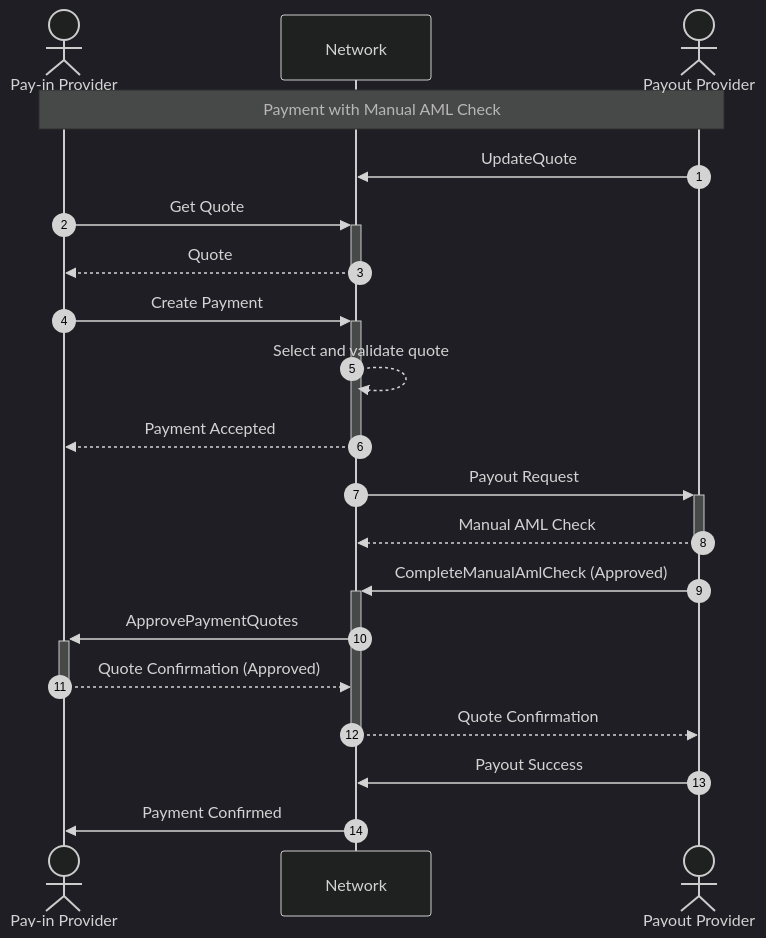
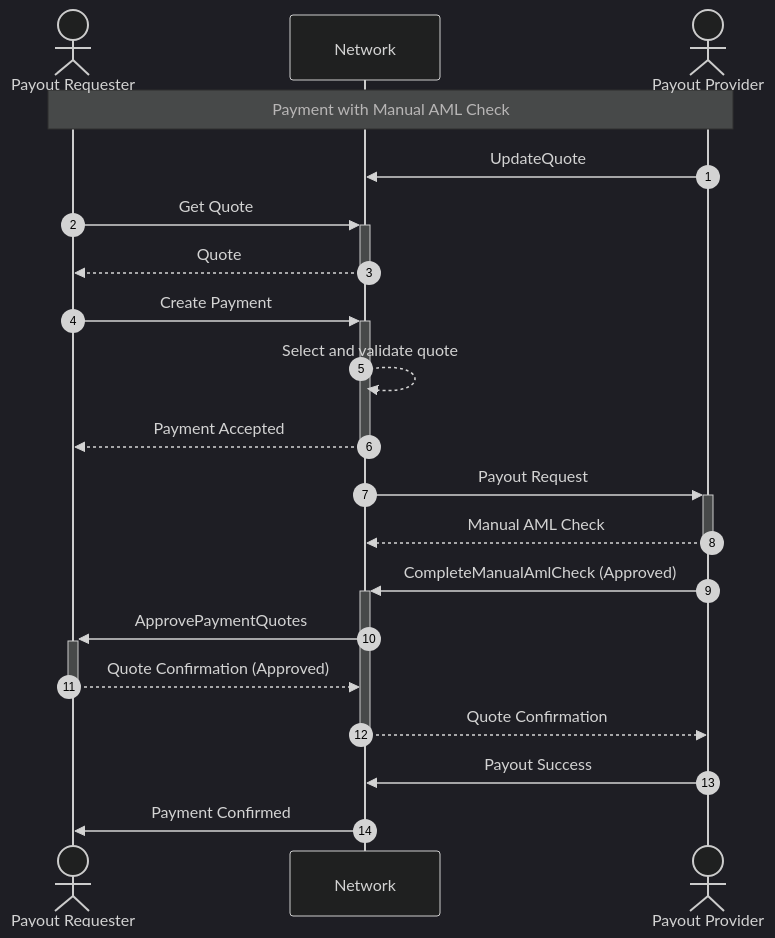
One commit to t-0-network/t-0-network.github.io changed the diagram in content/docs/network/payment-flow-aml.md. Above: the diagram before and after it, drawn with Mermaid (dark theme).

Commit message:
remove deprecated use of term payin provider (#42)
* remove deprecated use of term payin provider

* Auto-generate docs

````diff
--- a/content/docs/network/payment-flow-aml.md
+++ b/content/docs/network/payment-flow-aml.md
@@ -16,27 +16,27 @@
 ```mermaid
 sequenceDiagram
-    actor PIP as Pay-in Provider
+    actor PIP as Payout Requester
     participant N as Network
     actor POP as Payout Provider
 
     autonumber
     Note over PIP, POP: Payment with Manual AML Check
 
     POP->>N: UpdateQuote
     PIP->>+N: Get Quote
     N-->>-PIP: Quote
     PIP->>+N: Create Payment
     N-->>N: Select and validate quote
     N-->>-PIP: Payment Accepted
 
     N->>+POP: Payout Request
     POP-->>-N: Manual AML Check
 
     POP->>+N: CompleteManualAmlCheck (Approved)
     N->>+PIP: ApprovePaymentQuotes
     PIP-->>-N: Quote Confirmation (Approved)
     N-->>-POP: Quote Confirmation
 
     POP->>N: Payout Success
     N->>PIP: Payment Confirmed
 ```
````
